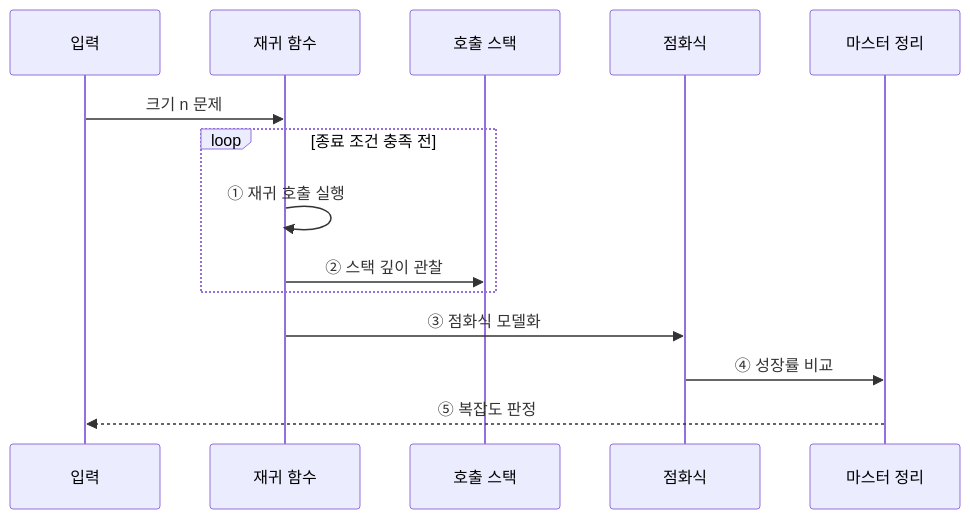
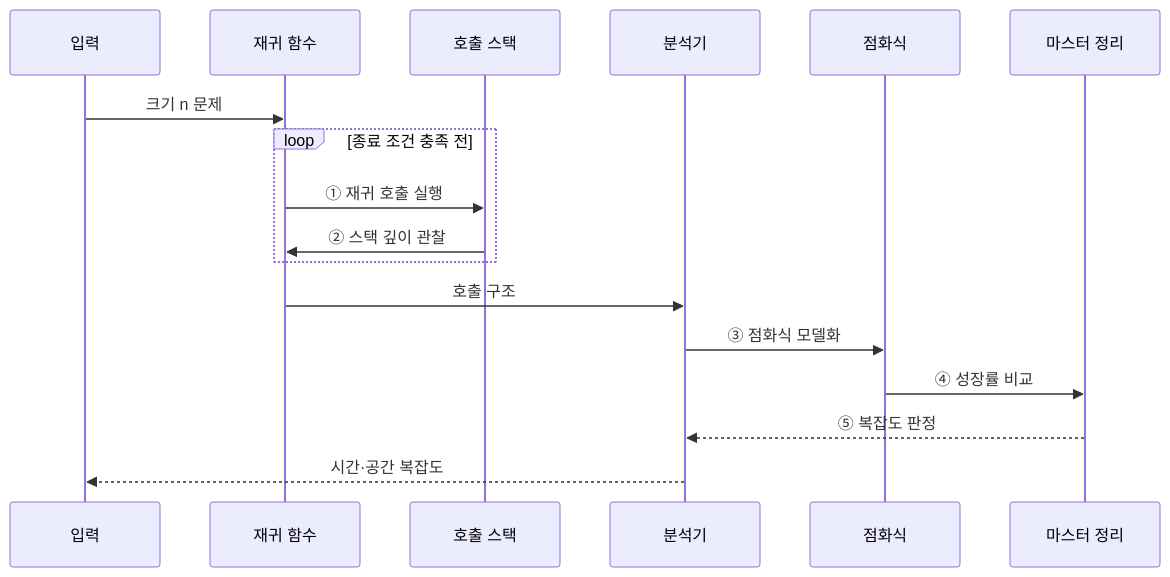
Before and after one commit to agnusdei1207/knowledge-base: the second of 2 diagrams in src/content/docs/notes/01-basic-theory/058_recursive_algo_master.md, drawn with Mermaid. The commit also changed other lines of this file and 10 other files, not shown here.

````diff
--- a/src/content/docs/notes/01-basic-theory/058_recursive_algo_master.md
+++ b/src/content/docs/notes/01-basic-theory/058_recursive_algo_master.md
@@ -100,16 +80,19 @@
 ```mermaid
 sequenceDiagram
     participant I as 입력
     participant F as 재귀 함수
     participant S as 호출 스택
+    participant A as 분석기
     participant R as 점화식
     participant M as 마스터 정리
     I->>F: 크기 n 문제
     loop 종료 조건 충족 전
-        F->>F: ① 재귀 호출 실행
-        F->>S: ② 스택 깊이 관찰
+        F->>S: ① 재귀 호출 실행
+        S->>F: ② 스택 깊이 관찰
     end
-    F->>R: ③ 점화식 모델화
+    F->>A: 호출 구조
+    A->>R: ③ 점화식 모델화
     R->>M: ④ 성장률 비교
-    M-->>I: ⑤ 복잡도 판정
+    M-->>A: ⑤ 복잡도 판정
+    A-->>I: 시간·공간 복잡도
 ```
````
